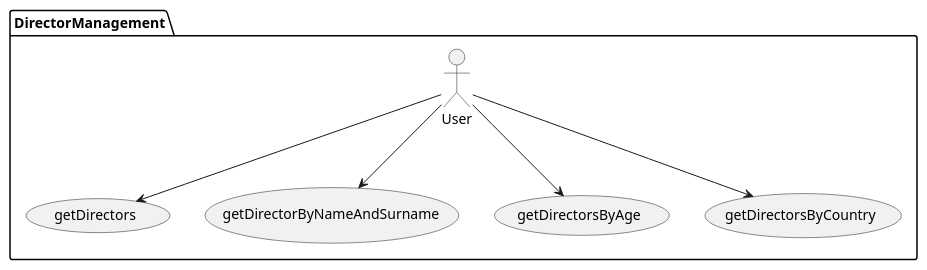
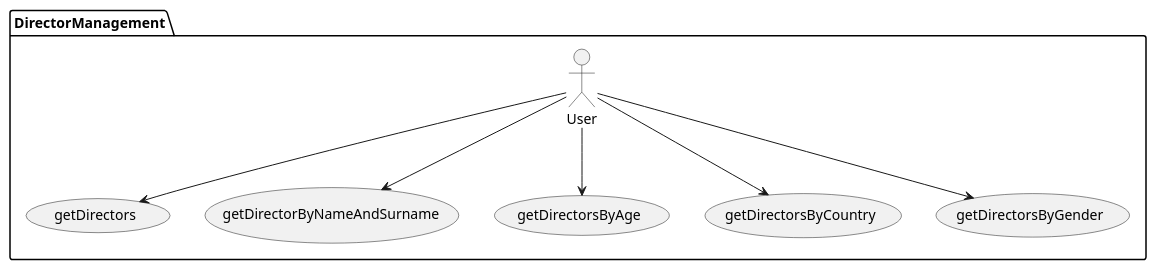
One commit to polfc21/cleverpy-test changed the diagram in plantuml/UseCaseUserDirector.puml. Above: the diagram before and after it, drawn with PlantUML. The commit also changed 12 other files, not shown here.

```diff
--- a/plantuml/UseCaseUserDirector.puml
+++ b/plantuml/UseCaseUserDirector.puml
@@ -1,8 +1,9 @@
 @startuml
     package DirectorManagement {
         User --> (getDirectors)
         User --> (getDirectorByNameAndSurname)
         User --> (getDirectorsByAge)
         User --> (getDirectorsByCountry)
+        User --> (getDirectorsByGender)
     }
 @enduml
```
